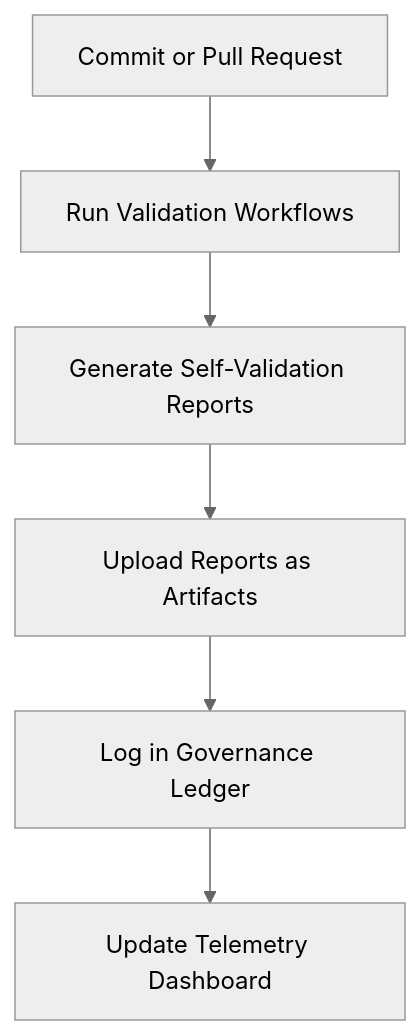
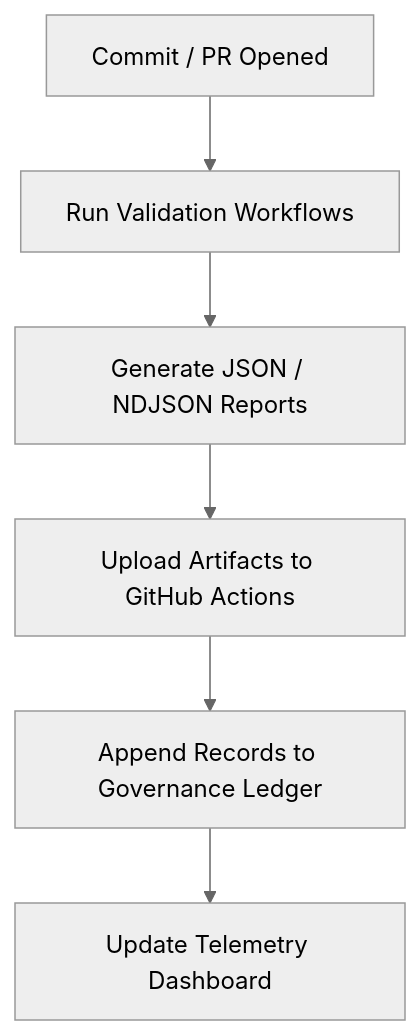
One commit to bartytime4life/Kansas-Frontier-Matrix changed the diagram in docs/reports/self-validation/README.md. Above: the diagram before and after it, drawn with Mermaid (neutral theme). The commit also changed other lines of this file, not shown here.

First line of the commit message:
Refine README for Self-Validation Reports

````diff
--- a/docs/reports/self-validation/README.md
+++ b/docs/reports/self-validation/README.md
@@ -92,8 +95,8 @@
 ```mermaid
 flowchart TD
-A["Commit or Pull Request"] --> B["Run Validation Workflows"]
-B --> C["Generate Self-Validation Reports"]
-C --> D["Upload Reports as Artifacts"]
-D --> E["Log in Governance Ledger"]
+A["Commit / PR Opened"] --> B["Run Validation Workflows"]
+B --> C["Generate JSON / NDJSON Reports"]
+C --> D["Upload Artifacts to GitHub Actions"]
+D --> E["Append Records to Governance Ledger"]
 E --> F["Update Telemetry Dashboard"]
 ```
````
